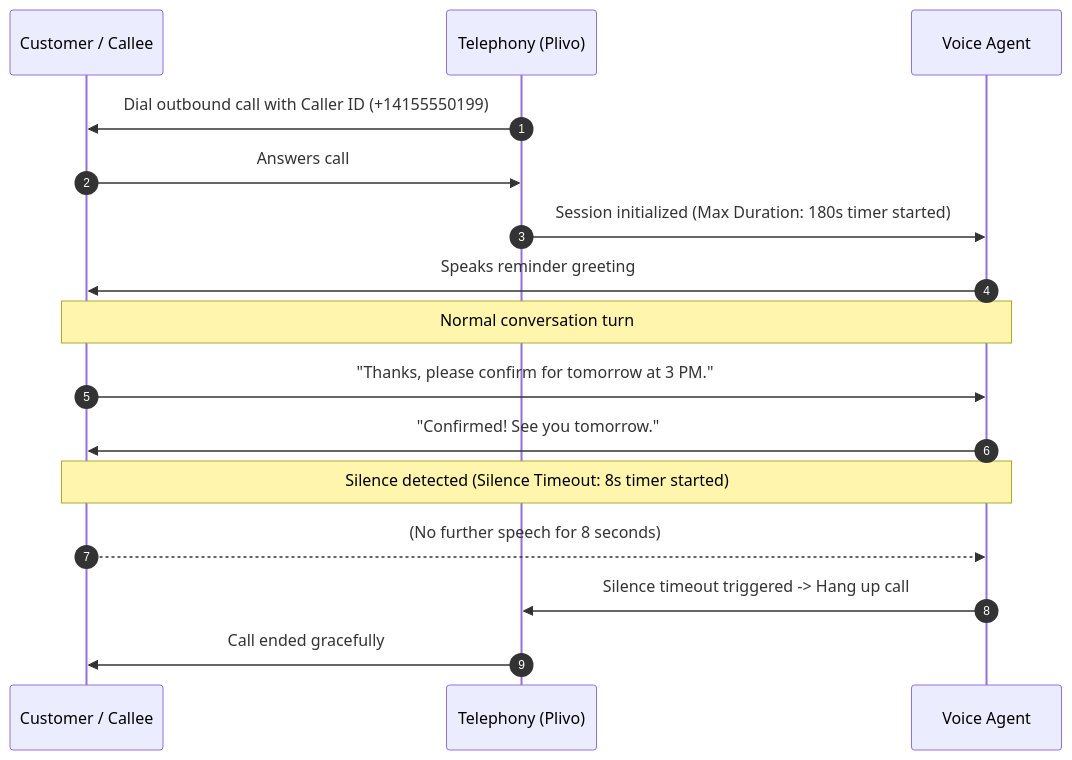
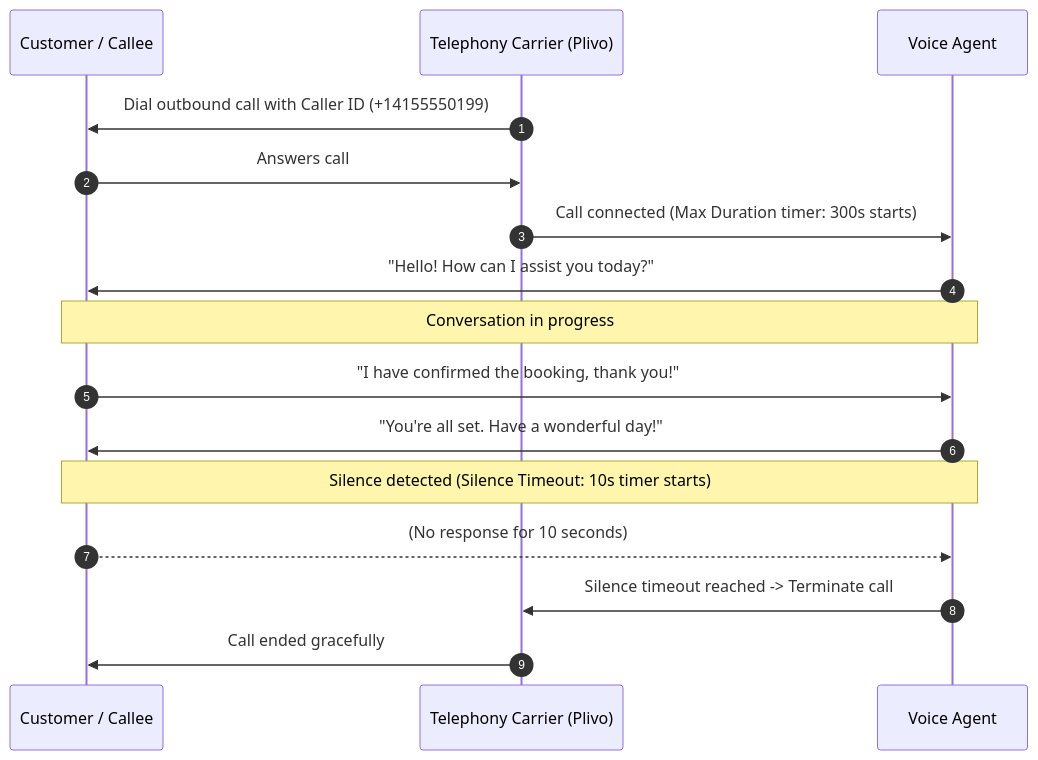
The diagram in build/call-tab.mdx (setoos/docs), drawn with Mermaid before and after one commit. The commit also changed other lines of this file, not shown here.

Commit message:
docs: refactor Call Tab documentation structure and improve clarity of field descriptions

````diff
--- a/build/call-tab.mdx
+++ b/build/call-tab.mdx
@@ -95,19 +98,19 @@
 ```mermaid
 sequenceDiagram
     autonumber
     participant Callee as Customer / Callee
-    participant Carrier as Telephony (Plivo)
+    participant Carrier as Telephony Carrier (Plivo)
     participant Agent as Voice Agent
 
     Carrier->>Callee: Dial outbound call with Caller ID (+14155550199)
     Callee->>Carrier: Answers call
-    Carrier->>Agent: Session initialized (Max Duration: 180s timer started)
-    Agent->>Callee: Speaks reminder greeting
-    Note over Callee,Agent: Normal conversation turn
-    Callee->>Agent: "Thanks, please confirm for tomorrow at 3 PM."
-    Agent->>Callee: "Confirmed! See you tomorrow."
-    Note over Callee,Agent: Silence detected (Silence Timeout: 8s timer started)
-    Callee-->>Agent: (No further speech for 8 seconds)
-    Agent->>Carrier: Silence timeout triggered -> Hang up call
+    Carrier->>Agent: Call connected (Max Duration timer: 300s starts)
+    Agent->>Callee: "Hello! How can I assist you today?"
+    Note over Callee,Agent: Conversation in progress
+    Callee->>Agent: "I have confirmed the booking, thank you!"
+    Agent->>Callee: "You're all set. Have a wonderful day!"
+    Note over Callee,Agent: Silence detected (Silence Timeout: 10s timer starts)
+    Callee-->>Agent: (No response for 10 seconds)
+    Agent->>Carrier: Silence timeout reached -> Terminate call
     Carrier->>Callee: Call ended gracefully
 ```
````
